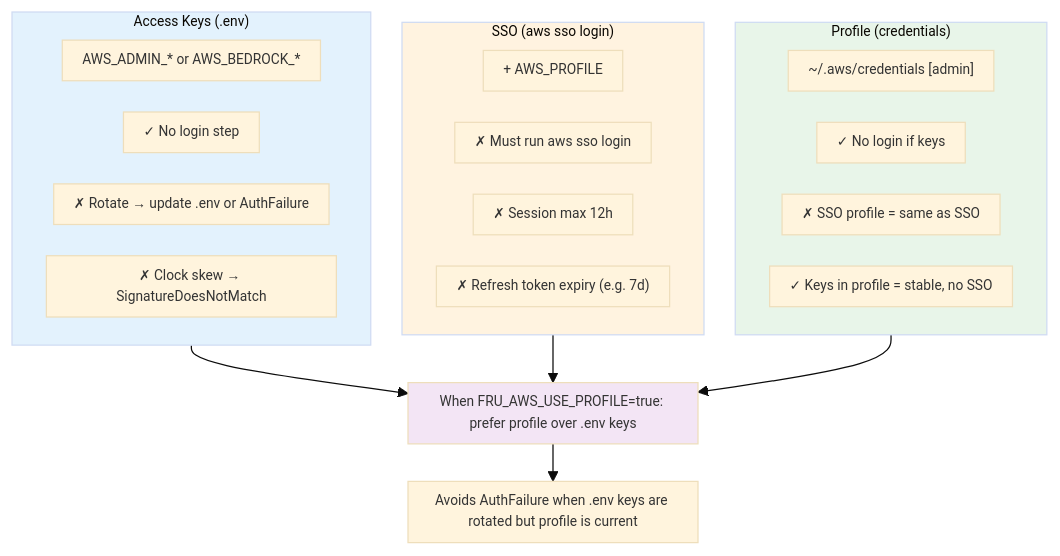
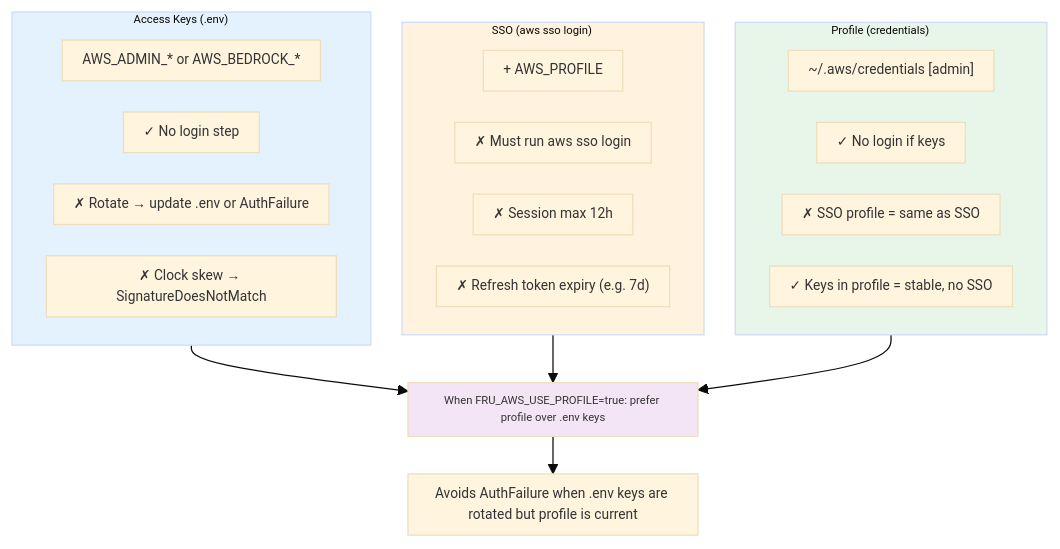
Before and after one commit to horselord-joe-8053/ultra-fru-genai-analytics-new: the fourth of 4 diagrams in docs/war_stories/WAR_STORIES_AWS.md, drawn with Mermaid. The commit also changed other lines of this file and 5 other files, not shown here.

````diff
--- a/docs/war_stories/WAR_STORIES_AWS.md
+++ b/docs/war_stories/WAR_STORIES_AWS.md
@@ -1956,32 +2371,32 @@
 ```mermaid
 %%{init: {'theme': 'base', 'themeVariables': { 'fontSize': '11px', 'fontFamily': 'sans-serif' }, 'flowchart': { 'padding': 8, 'nodeSpacing': 25, 'rankSpacing': 30 }}}%%
 flowchart TB
     subgraph KEYS["Access Keys (.env)"]
         K1["AWS_ADMIN_* or AWS_BEDROCK_*"]
         K2["✓ No login step"]
         K3["✗ Rotate → update .env or AuthFailure"]
         K4["✗ Clock skew → SignatureDoesNotMatch"]
     end
     subgraph SSO["SSO (aws sso login)"]
         S1["+ AWS_PROFILE"]
         S2["✗ Must run aws sso login"]
         S3["✗ Session max 12h"]
         S4["✗ Refresh token expiry (e.g. 7d)"]
     end
     subgraph PROFILE["Profile (credentials)"]
         P1["~/.aws/credentials [admin]"]
         P2["✓ No login if keys"]
         P3["✗ SSO profile = same as SSO"]
         P4["✓ Keys in profile = stable, no SSO"]
     end
     KEYS --> DEC
     SSO --> DEC
     PROFILE --> DEC
     DEC["When FRU_AWS_USE_PROFILE=true: prefer profile over .env keys"]
     NOTE["Avoids AuthFailure when .env keys are rotated but profile is current"]
     DEC --> NOTE
-    style KEYS fill:#e3f2fd
-    style SSO fill:#fff3e0
-    style PROFILE fill:#e8f5e9
-    style DEC fill:#f3e5f5
+    style KEYS fill:#e3f2fd,font-size:9px
+    style SSO fill:#fff3e0,font-size:9px
+    style PROFILE fill:#e8f5e9,font-size:9px
+    style DEC fill:#f3e5f5,font-size:9px
 ```
````
